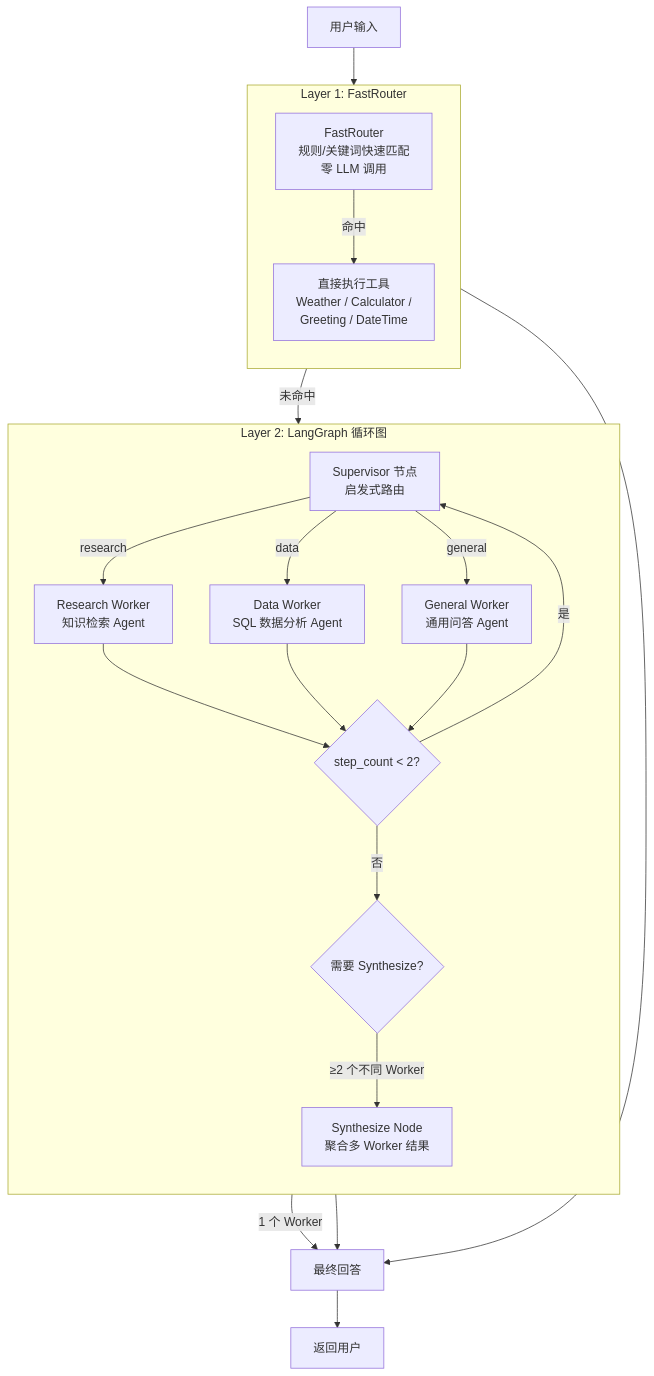
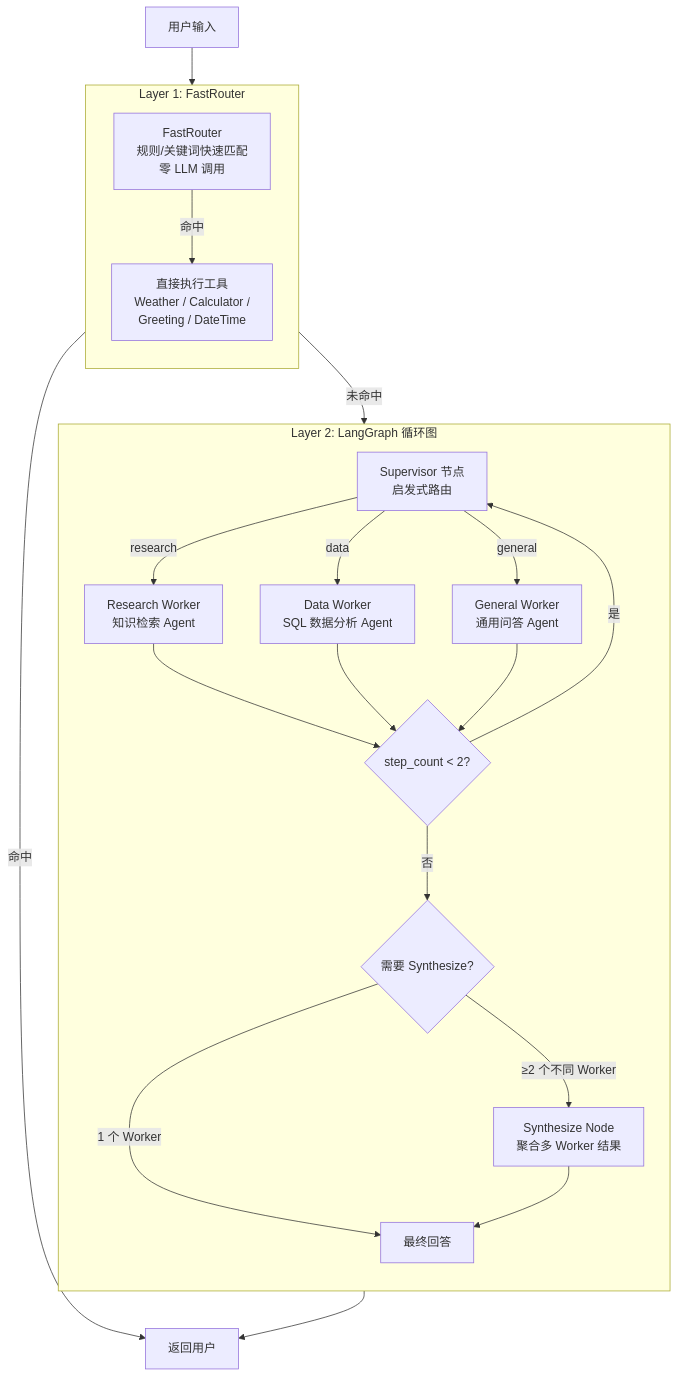
One commit to 05H-chouwenzi/AI-Agent-Assistant-System changed the diagram in README.md. Above: the diagram before and after it, drawn with Mermaid.

Commit message:
docs: stabilize architecture layout

````diff
--- a/README.md
+++ b/README.md
@@ -24,52 +24,44 @@
 ```mermaid
 flowchart TB
-    User["用户输入"] --> FR
-    Return["返回用户"]
+    User["用户输入"]
 
     subgraph Layer1["Layer 1: FastRouter"]
         direction TB
         FR["FastRouter<br/>规则/关键词快速匹配<br/>零 LLM 调用"]
         Tool["直接执行工具<br/>Weather / Calculator /<br/>Greeting / DateTime"]
+        FR -- "命中" --> Tool
     end
 
     subgraph Layer2["Layer 2: LangGraph 循环图"]
         direction TB
         SUP["Supervisor 节点<br/>启发式路由"]
 
         RW["Research Worker<br/>知识检索 Agent"]
         DW["Data Worker<br/>SQL 数据分析 Agent"]
         GW["General Worker<br/>通用问答 Agent"]
 
         STEP{"step_count < 2?"}
         SYNQ{"需要 Synthesize?"}
         SYN["Synthesize Node<br/>聚合多 Worker 结果"]
+        FINAL["最终回答"]
+
+        SUP -- "research" --> RW
+        SUP -- "data" --> DW
+        SUP -- "general" --> GW
+        RW --> STEP
+        DW --> STEP
+        GW --> STEP
+        STEP -- "是" --> SUP
+        STEP -- "否" --> SYNQ
+        SYNQ -- "1 个 Worker" --> FINAL
+        SYNQ -- "≥2 个不同 Worker" --> SYN
+        SYN --> FINAL
     end
 
-    FINAL["最终回答"]
+    Return["返回用户"]
 
-    FR -- "命中" --> Tool
-    Tool --> FINAL
-    FR -- "未命中" --> SUP
-
-    SUP -- "research" --> RW
-    SUP -- "data" --> DW
-    SUP -- "general" --> GW
-
-    RW --> STEP
-    DW --> STEP
-    GW --> STEP
-
-    STEP -- "是" --> SUP
-    STEP -- "否" --> SYNQ
-
-    SYNQ -- "1 个 Worker" --> FINAL
-    SYNQ -- "≥2 个不同 Worker" --> SYN
-    SYN --> FINAL
-
-    FINAL --> Return
-
-    User ~~~ Layer1
-    Layer1 ~~~ Layer2
-    Layer2 ~~~ FINAL
-    FINAL ~~~ Return
+    User --> Layer1
+    Layer1 -- "命中" --> Return
+    Layer1 -- "未命中" --> Layer2
+    Layer2 --> Return
 ```
````
